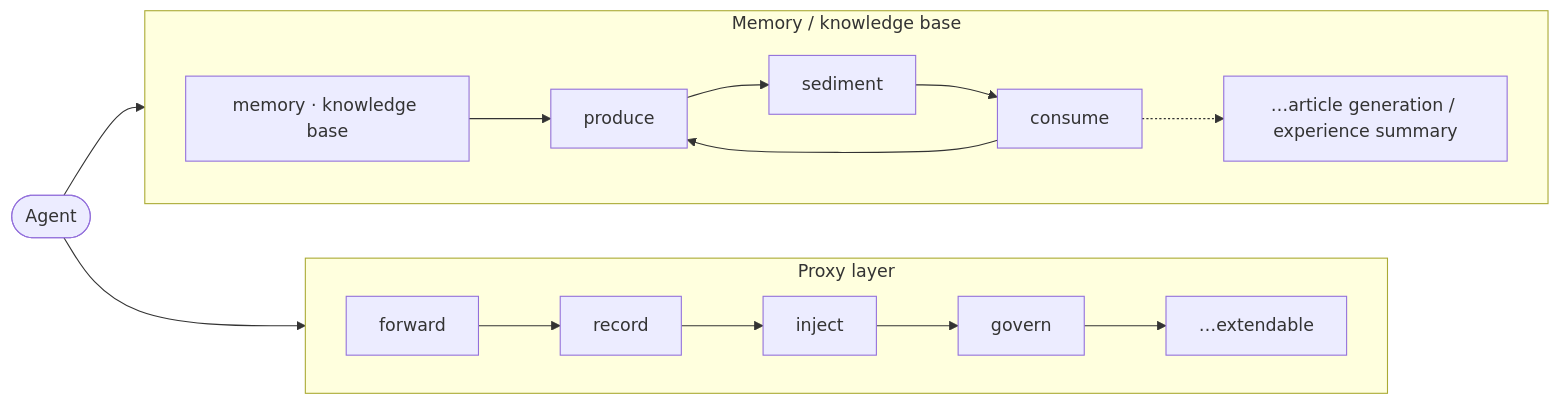
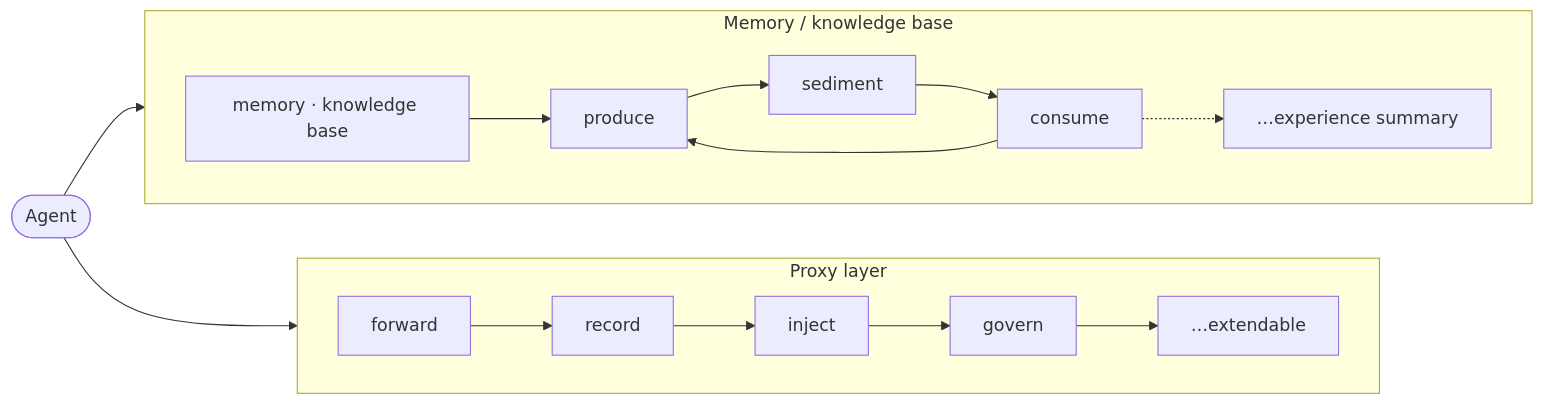
Before and after one commit to yuanyxh/utility: the third of 6 diagrams in README.md, drawn with Mermaid. The commit also changed 51 other files, not shown here.

First line of the commit message:
refactor: remove article generation pipeline

````diff
--- a/README.md
+++ b/README.md
@@ -326,16 +326,16 @@
 ```mermaid
 flowchart LR
   agent(["Agent"])
   subgraph P["Proxy layer"]
     direction LR
     p1["forward"] --> p2["record"] --> p3["inject"] --> p4["govern"] --> p5["…extendable"]
   end
   subgraph M["Memory / knowledge base"]
     direction LR
     m1["memory · knowledge base"] --> m2["produce"] --> m3["sediment"] --> m4["consume"]
     m4 --> m2
-    m4 -.-> m5["…article generation / experience summary"]
+    m4 -.-> m5["…experience summary"]
   end
   agent --> p1
   agent --> m1
 ```
````
